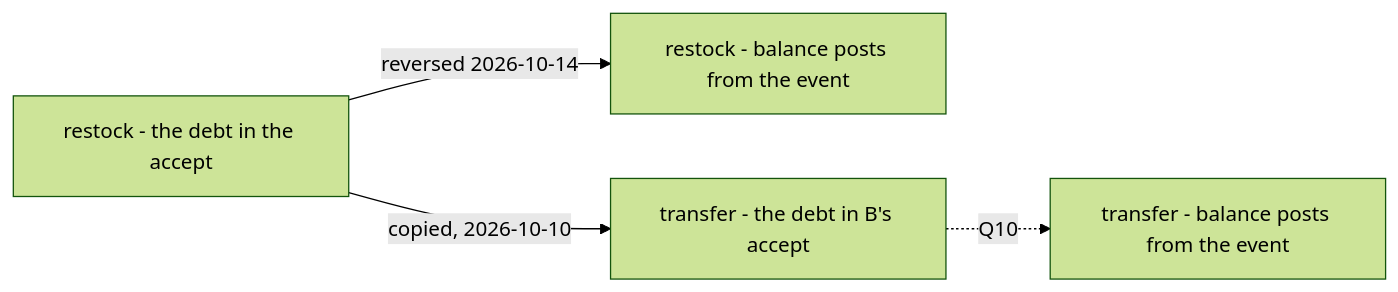
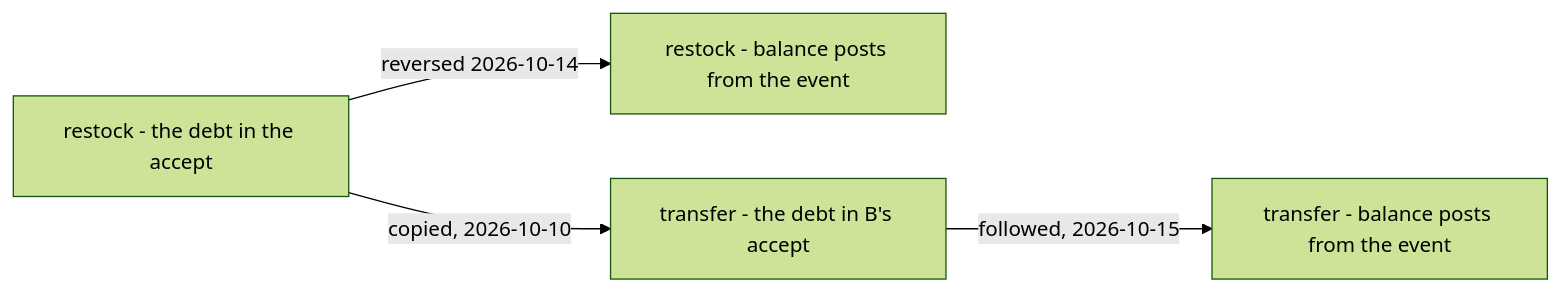
One commit to pdcgo/warehouse_revamp changed the third of 4 diagrams in docs/business/inventory/warehouse_transfer_clarify.md. Above: the diagram before and after it, drawn with Mermaid (forest theme). The commit also changed other lines of this file and 124 other files, not shown here.

````diff
--- a/docs/business/inventory/warehouse_transfer_clarify.md
+++ b/docs/business/inventory/warehouse_transfer_clarify.md
@@ -177,6 +191,6 @@
 ```mermaid
 flowchart LR
   R["restock - the debt in the accept"] -->|"reversed 2026-10-14"| RE["restock - balance posts from the event"]
   R -->|"copied, 2026-10-10"| T["transfer - the debt in B's accept"]
-  T -.->|"Q10"| TE["transfer - balance posts from the event"]
+  T -->|"followed, 2026-10-15"| TE["transfer - balance posts from the event"]
 ```
````
